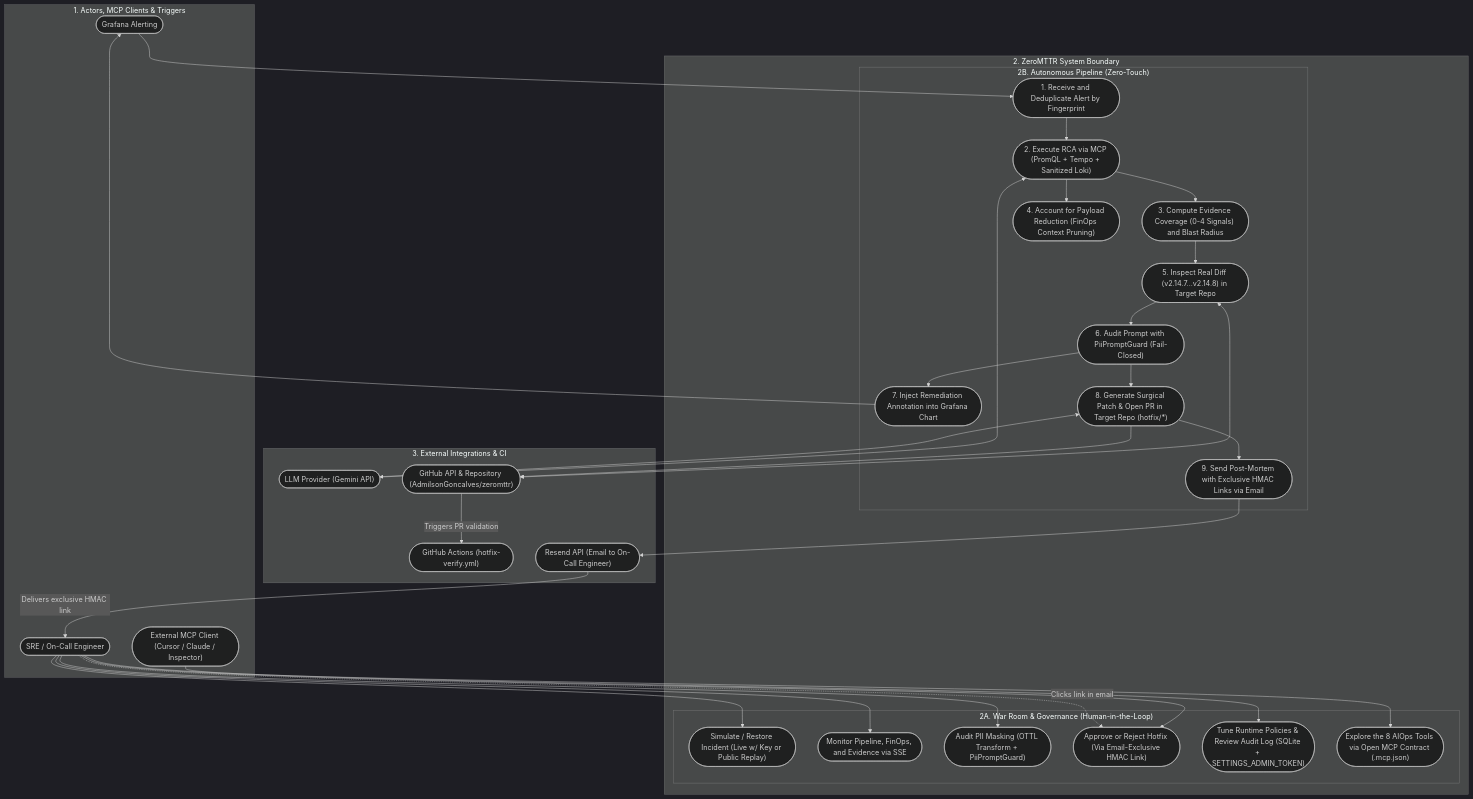
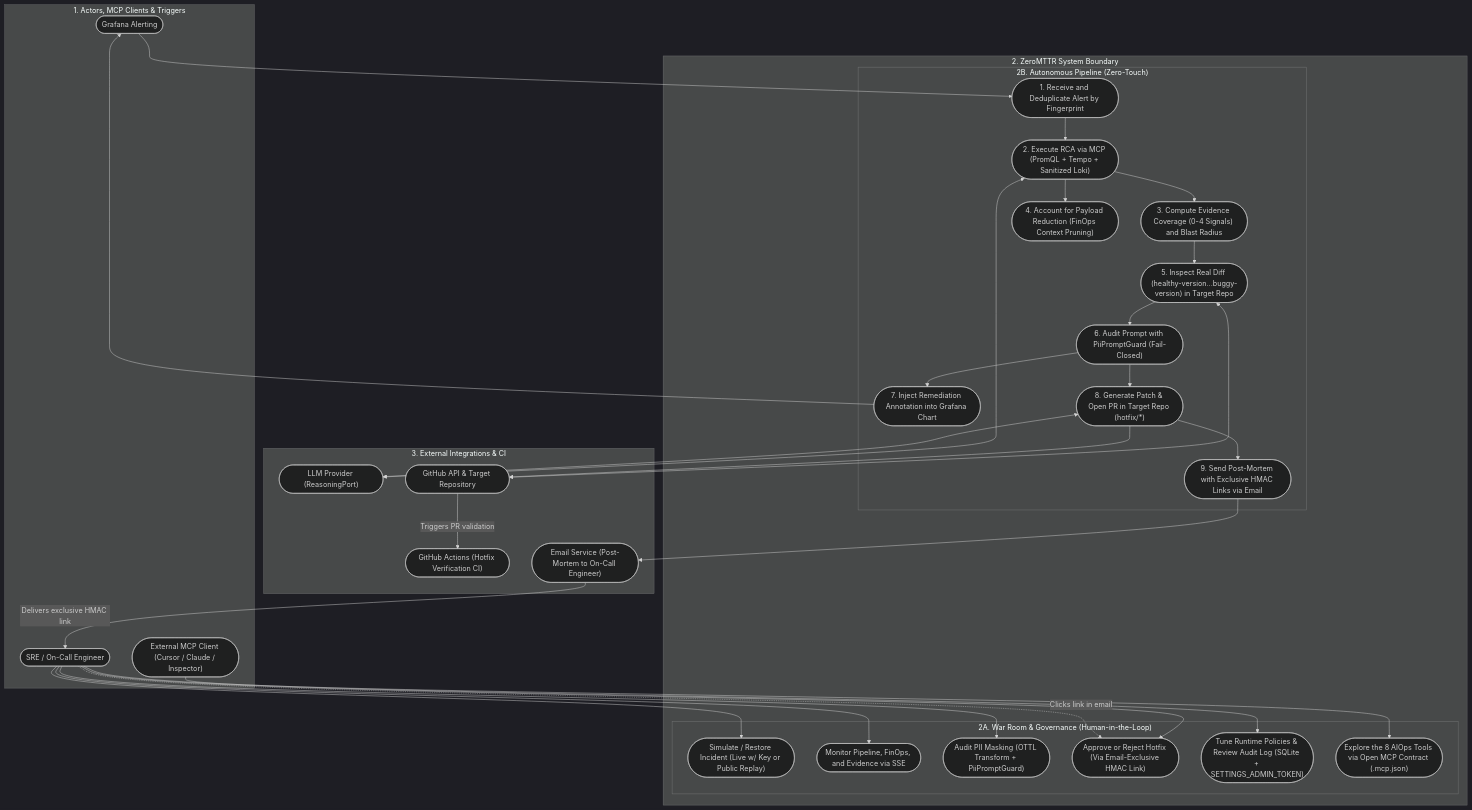
One commit to AdmilsonGoncalves/zeromttr changed the first of 6 diagrams in docs/en-US/01_system_diagrams.md. Above: the diagram before and after it, drawn with Mermaid (dark theme). The commit also changed other lines of this file and 75 other files, not shown here.

````diff
--- a/docs/en-US/01_system_diagrams.md
+++ b/docs/en-US/01_system_diagrams.md
@@ -16,70 +16,70 @@
 ```mermaid
 flowchart TD
     subgraph Actors["1. Actors, MCP Clients & Triggers"]
         SRE(["SRE / On-Call Engineer"])
         EXT_MCP(["External MCP Client (Cursor / Claude / Inspector)"])
         GRAF(["Grafana Alerting"])
     end
 
     subgraph ZeroMTTR_Boundary["2. ZeroMTTR System Boundary"]
         subgraph Interactive_Operation["2A. War Room & Governance (Human-in-the-Loop)"]
             UC_SIM(["Simulate / Restore Incident (Live w/ Key or Public Replay)"])
             UC_MON(["Monitor Pipeline, FinOps, and Evidence via SSE"])
             UC_PII(["Audit PII Masking (OTTL Transform + PiiPromptGuard)"])
             UC_DEC(["Approve or Reject Hotfix (Via Email-Exclusive HMAC Link)"])
             UC_CFG(["Tune Runtime Policies & Review Audit Log (SQLite + SETTINGS_ADMIN_TOKEN)"])
             UC_EXT(["Explore the 8 AIOps Tools via Open MCP Contract (.mcp.json)"])
         end
 
         subgraph Autonomous_Pipeline["2B. Autonomous Pipeline (Zero-Touch)"]
             UC_ALT(["1. Receive and Deduplicate Alert by Fingerprint"])
             UC_RCA(["2. Execute RCA via MCP (PromQL + Tempo + Sanitized Loki)"])
             UC_COV(["3. Compute Evidence Coverage (0-4 Signals) and Blast Radius"])
             UC_FIN(["4. Account for Payload Reduction (FinOps Context Pruning)"])
-            UC_DIFF(["5. Inspect Real Diff (v2.14.7...v2.14.8) in Target Repo"])
+            UC_DIFF(["5. Inspect Real Diff (healthy-version...buggy-version) in Target Repo"])
             UC_GUARD(["6. Audit Prompt with PiiPromptGuard (Fail-Closed)"])
             UC_ANN(["7. Inject Remediation Annotation into Grafana Chart"])
-            UC_PR(["8. Generate Surgical Patch & Open PR in Target Repo (hotfix/*)"])
+            UC_PR(["8. Generate Patch & Open PR in Target Repo (hotfix/*)"])
             UC_NOT(["9. Send Post-Mortem with Exclusive HMAC Links via Email"])
         end
     end
 
     subgraph External_Providers["3. External Integrations & CI"]
-        LLM(["LLM Provider (Gemini API)"])
-        GH(["GitHub API & Repository (AdmilsonGoncalves/zeromttr)"])
-        GHCI(["GitHub Actions (hotfix-verify.yml)"])
-        RS(["Resend API (Email to On-Call Engineer)"])
+        LLM(["LLM Provider (ReasoningPort)"])
+        GH(["GitHub API & Target Repository"])
+        GHCI(["GitHub Actions (Hotfix Verification CI)"])
+        RS(["Email Service (Post-Mortem to On-Call Engineer)"])
     end
 
     %% SRE and External MCP Client Actions
     SRE --> UC_SIM
     SRE --> UC_MON
     SRE --> UC_PII
     SRE --> UC_DEC
     SRE --> UC_CFG
     EXT_MCP --> UC_EXT
 
     %% Grafana Trigger
     GRAF --> UC_ALT
 
     %% Autonomous Flow
     UC_ALT --> UC_RCA
     UC_RCA --> UC_COV
     UC_RCA --> UC_FIN
     UC_COV --> UC_DIFF
     UC_DIFF --> UC_GUARD
     UC_GUARD --> UC_ANN
     UC_GUARD --> UC_PR
     UC_PR --> UC_NOT
 
     %% External Integrations
     UC_RCA <--> LLM
     UC_DIFF <--> GH
     UC_ANN --> GRAF
     UC_PR <--> LLM
     UC_PR --> GH
     GH -->|"Triggers PR validation"| GHCI
     UC_NOT --> RS
     RS -->|"Delivers exclusive HMAC link"| SRE
     SRE -.->|"Clicks link in email"| UC_DEC
 ```
````
